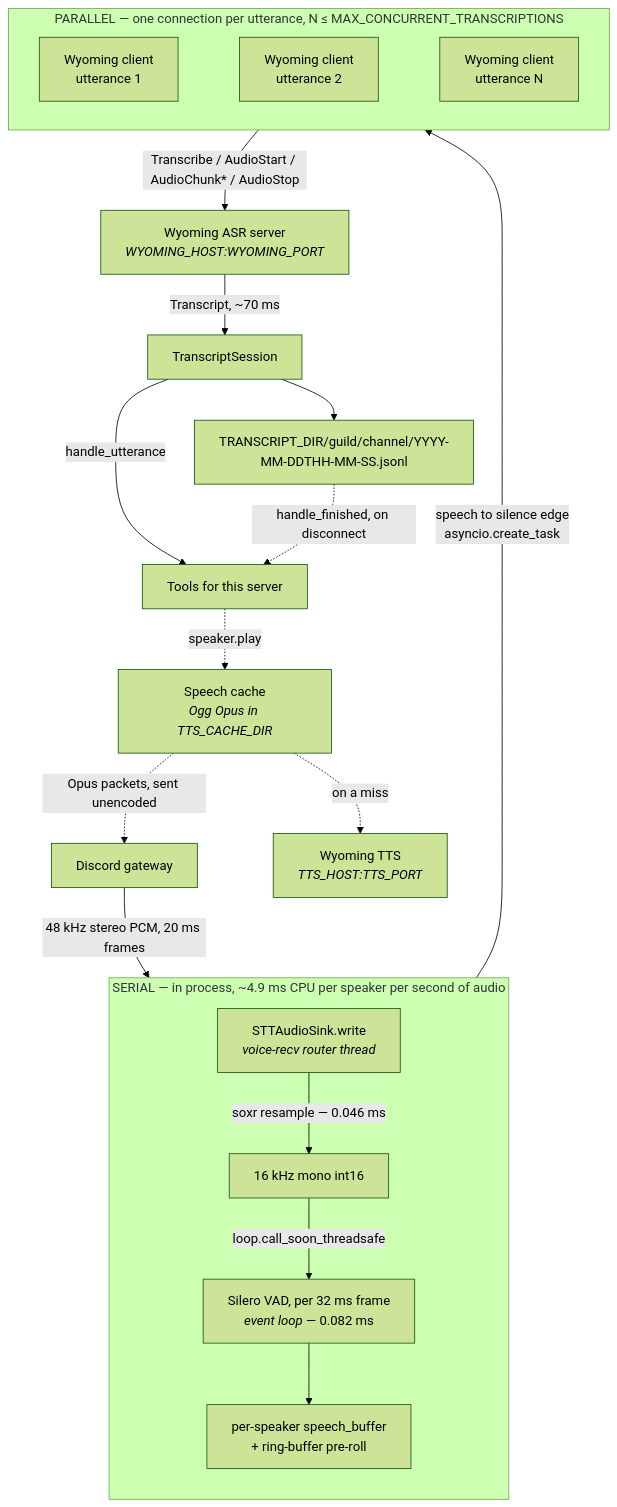
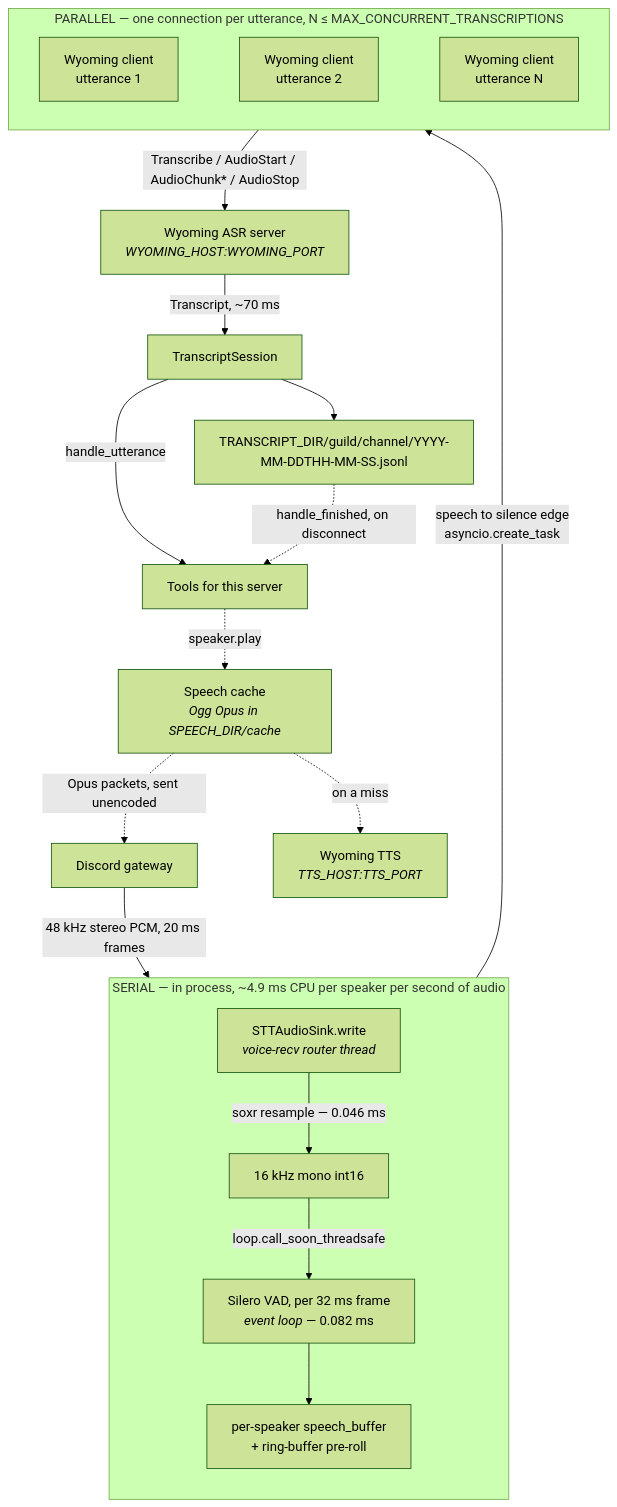
One commit to arychj/miss-quote changed the diagram in README.md. Above: the diagram before and after it, drawn with Mermaid (forest theme). The commit also changed other lines of this file and 10 other files, not shown here.

````diff
--- a/README.md
+++ b/README.md
@@ -20,33 +20,33 @@
 ```mermaid
 graph TD
     A["Discord gateway"] -->|"48 kHz stereo PCM, 20 ms frames"| B
 
     subgraph LOCAL["SERIAL &mdash; in process, ~4.9 ms CPU per speaker per second of audio"]
         direction TB
         B["STTAudioSink.write<br/><i>voice-recv router thread</i>"]
         B -->|"soxr resample &mdash; 0.046 ms"| C["16 kHz mono int16"]
         C -->|"loop.call_soon_threadsafe"| D["Silero VAD, per 32 ms frame<br/><i>event loop</i> &mdash; 0.082 ms"]
         D --> E["per-speaker speech_buffer<br/>+ ring-buffer pre-roll"]
     end
 
     E -->|"speech to silence edge<br/>asyncio.create_task"| REMOTE
 
     subgraph REMOTE["PARALLEL &mdash; one connection per utterance, N &le; MAX_CONCURRENT_TRANSCRIPTIONS"]
         direction LR
         F["Wyoming client<br/>utterance 1"]
         G["Wyoming client<br/>utterance 2"]
         H["Wyoming client<br/>utterance N"]
         F ~~~ G ~~~ H
     end
 
     REMOTE -->|"Transcribe / AudioStart / AudioChunk* / AudioStop"| I
 
     I["Wyoming ASR server<br/><i>WYOMING_HOST:WYOMING_PORT</i>"] -->|"Transcript, ~70 ms"| J["TranscriptSession"]
     J --> K["TRANSCRIPT_DIR/guild/channel/YYYY-MM-DDTHH-MM-SS.jsonl"]
     J -->|"handle_utterance"| L["Tools for this server"]
     K -.->|"handle_finished, on disconnect"| L
 
-    L -.->|"speaker.play"| M["Speech cache<br/><i>Ogg Opus in TTS_CACHE_DIR</i>"]
+    L -.->|"speaker.play"| M["Speech cache<br/><i>Ogg Opus in SPEECH_DIR/cache</i>"]
     M -.->|"on a miss"| N["Wyoming TTS<br/><i>TTS_HOST:TTS_PORT</i>"]
     M -.->|"Opus packets, sent unencoded"| A
 ```
````
